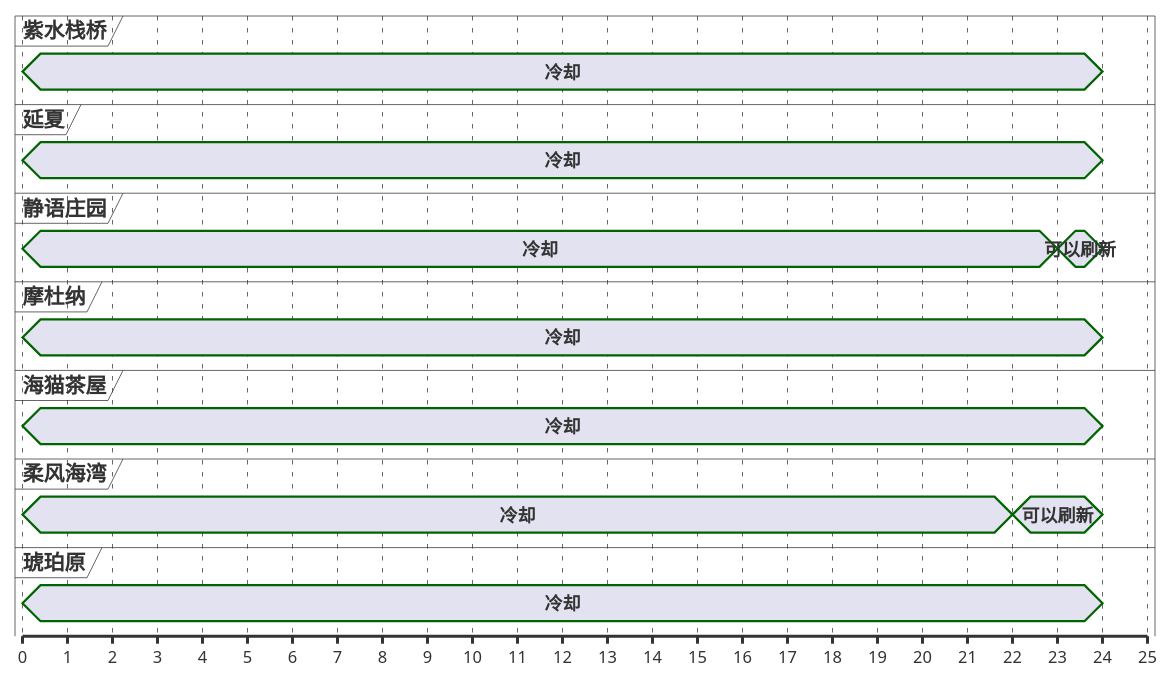
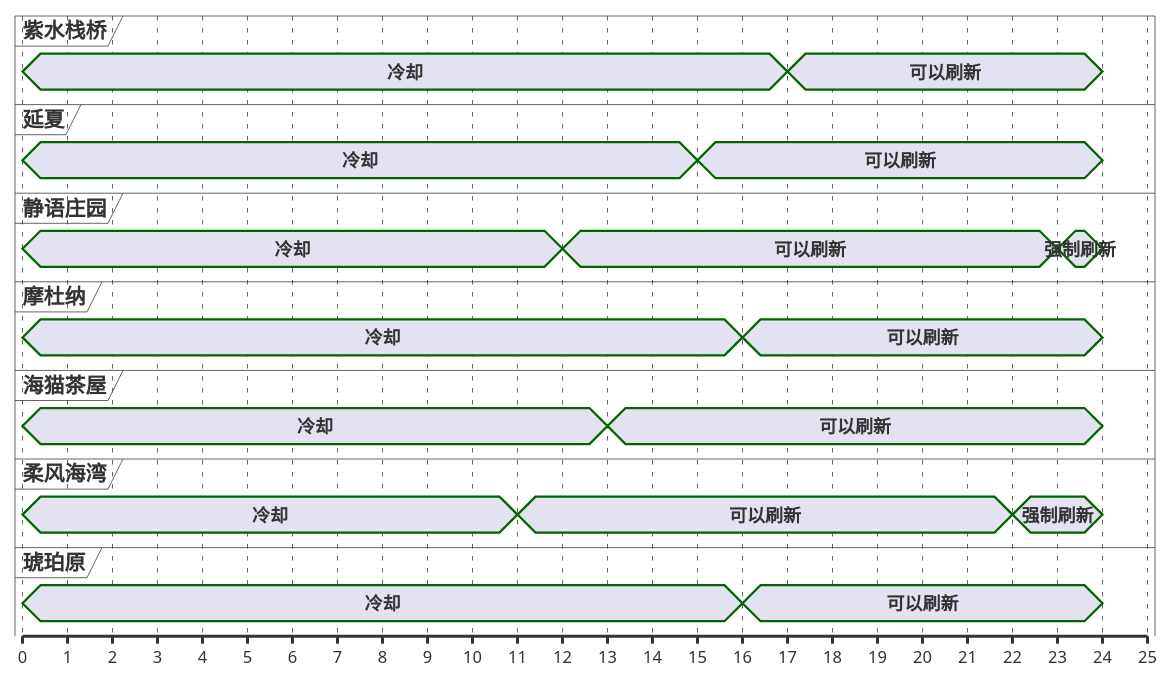
One commit to Eroleice/doc-pi changed the third of 13 diagrams in ffxiv/hunt/2.0/Brontes.md. Above: the diagram before and after it, drawn with PlantUML. The commit also changed other lines of this file and 38 other files, not shown here.

````diff
--- a/ffxiv/hunt/2.0/Brontes.md
+++ b/ffxiv/hunt/2.0/Brontes.md
@@ -135,44 +152,51 @@
 ```plantuml
 @startuml
 scale 1 as 30 pixels
 
 concise 紫水栈桥
 concise 延夏
 concise 静语庄园
 concise 摩杜纳
 concise 海猫茶屋
 concise 柔风海湾
 concise 琥珀原
 
 @柔风海湾
 0 is 冷却
-22 is 可以刷新
+11 is 可以刷新
+22 is 强制刷新
 24 is {hidden}
 
 @静语庄园
 0 is 冷却
-23 is 可以刷新
+12 is 可以刷新
+23 is 强制刷新
 24 is {hidden}
 
 @海猫茶屋
 0 is 冷却
+13 is 可以刷新
 24 is {hidden}
 
 @紫水栈桥
 0 is 冷却
+17 is 可以刷新
 24 is {hidden}
 
 @延夏
 0 is 冷却
+15 is 可以刷新
 24 is {hidden}
 
 @摩杜纳
 0 is 冷却
+16 is 可以刷新
 24 is {hidden}
 
 @琥珀原
 0 is 冷却
+16 is 可以刷新
 24 is {hidden}
 
 @enduml
 ```
````
